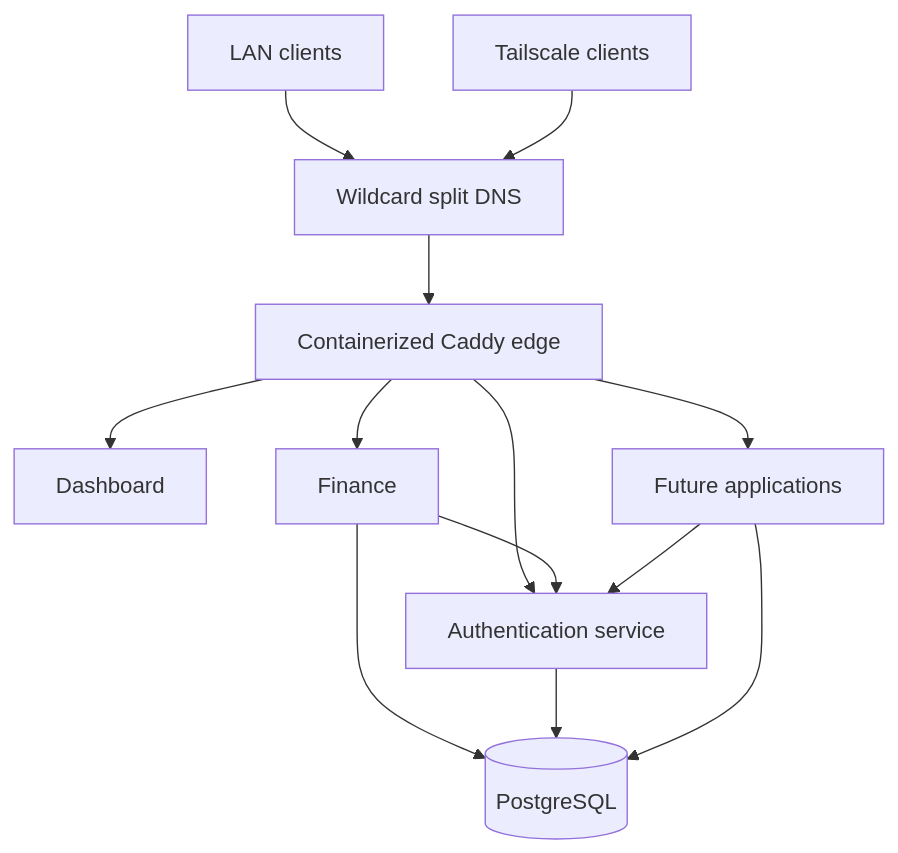
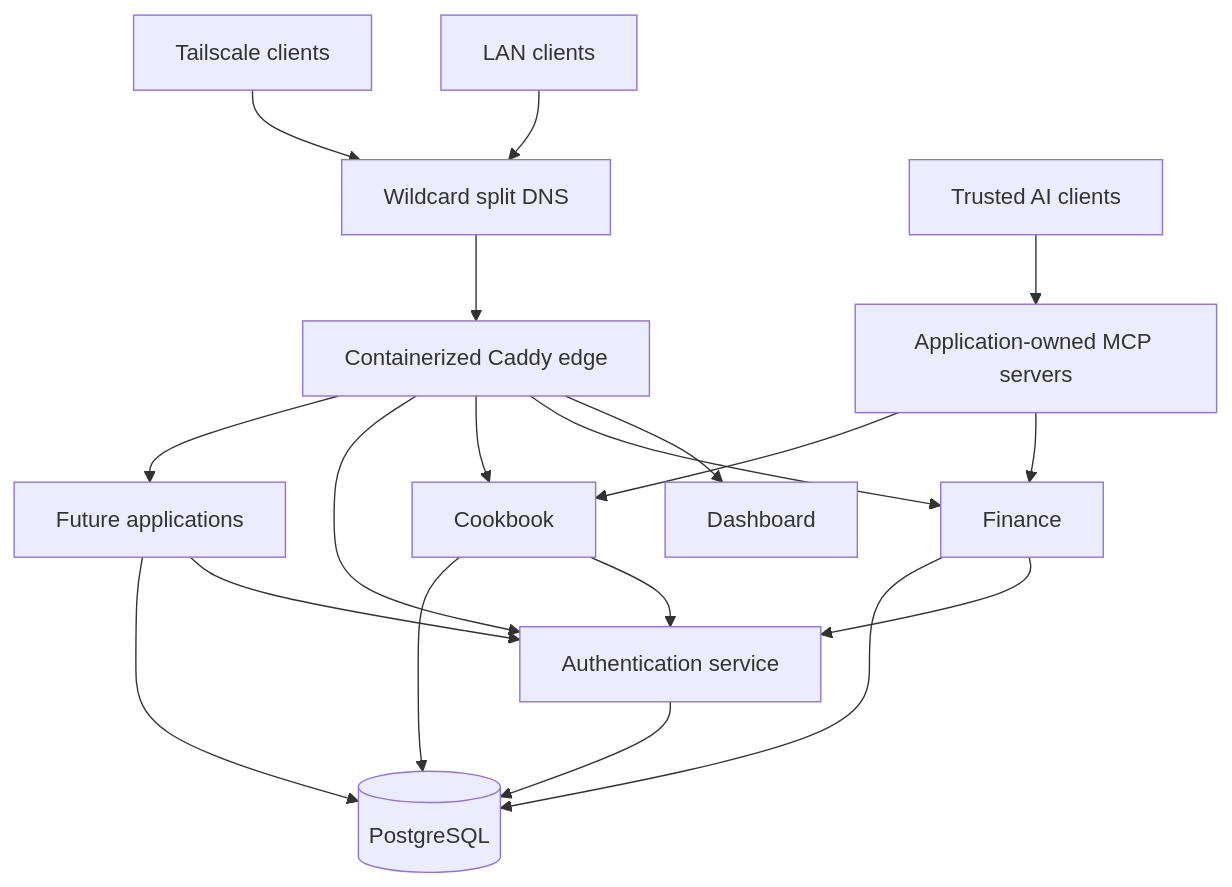
The diagram in README.md (pior-labs/platform), drawn with Mermaid before and after one commit. The commit also changed other lines of this file, not shown here.

Commit message:
Update platform README for current application direction

````diff
--- a/README.md
+++ b/README.md
@@ -55,18 +61,25 @@
 ```mermaid
 flowchart TD
     LAN[LAN clients] --> DNS[Wildcard split DNS]
     TS[Tailscale clients] --> DNS
     DNS --> EDGE[Containerized Caddy edge]
 
     EDGE --> DASH[Dashboard]
     EDGE --> FIN[Finance]
+    EDGE --> COOK[Cookbook]
     EDGE --> AUTH[Authentication service]
     EDGE --> FUTURE[Future applications]
 
     FIN --> AUTH
+    COOK --> AUTH
     FUTURE --> AUTH
 
     FIN --> DB[(PostgreSQL)]
+    COOK --> DB
     AUTH --> DB
     FUTURE --> DB
+
+    ASSIST[Trusted AI clients] --> MCP[Application-owned MCP servers]
+    MCP --> FIN
+    MCP --> COOK
 ```
````
